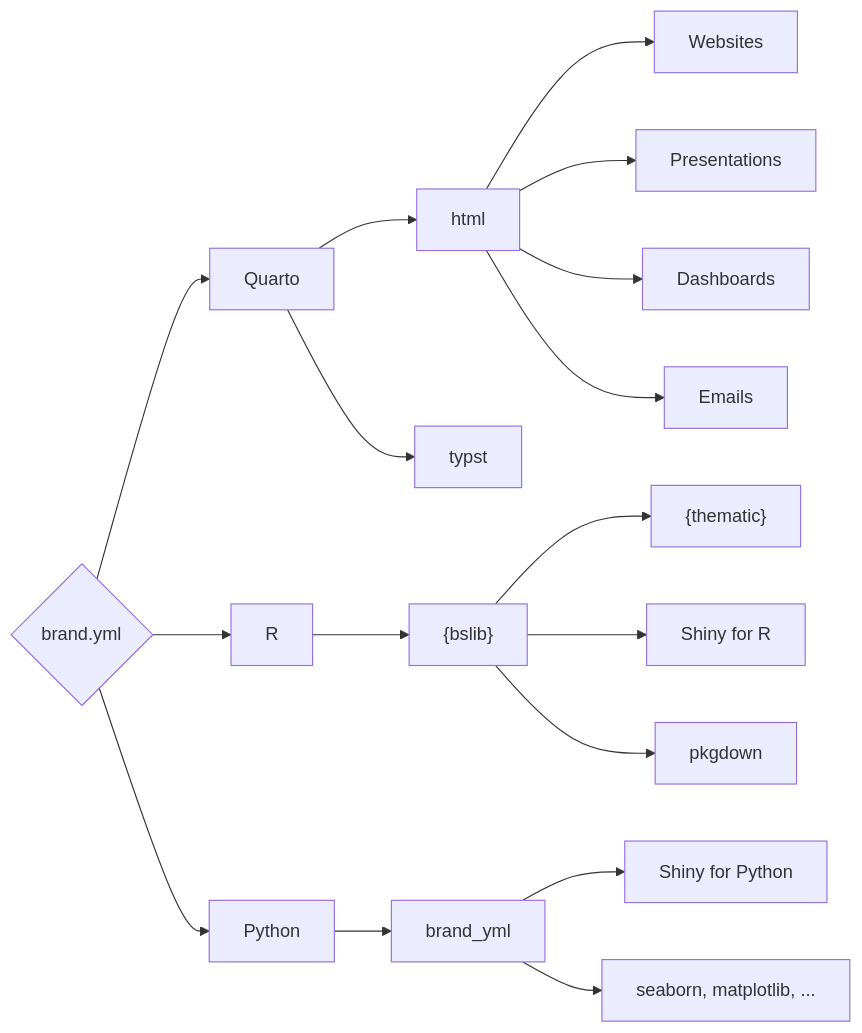
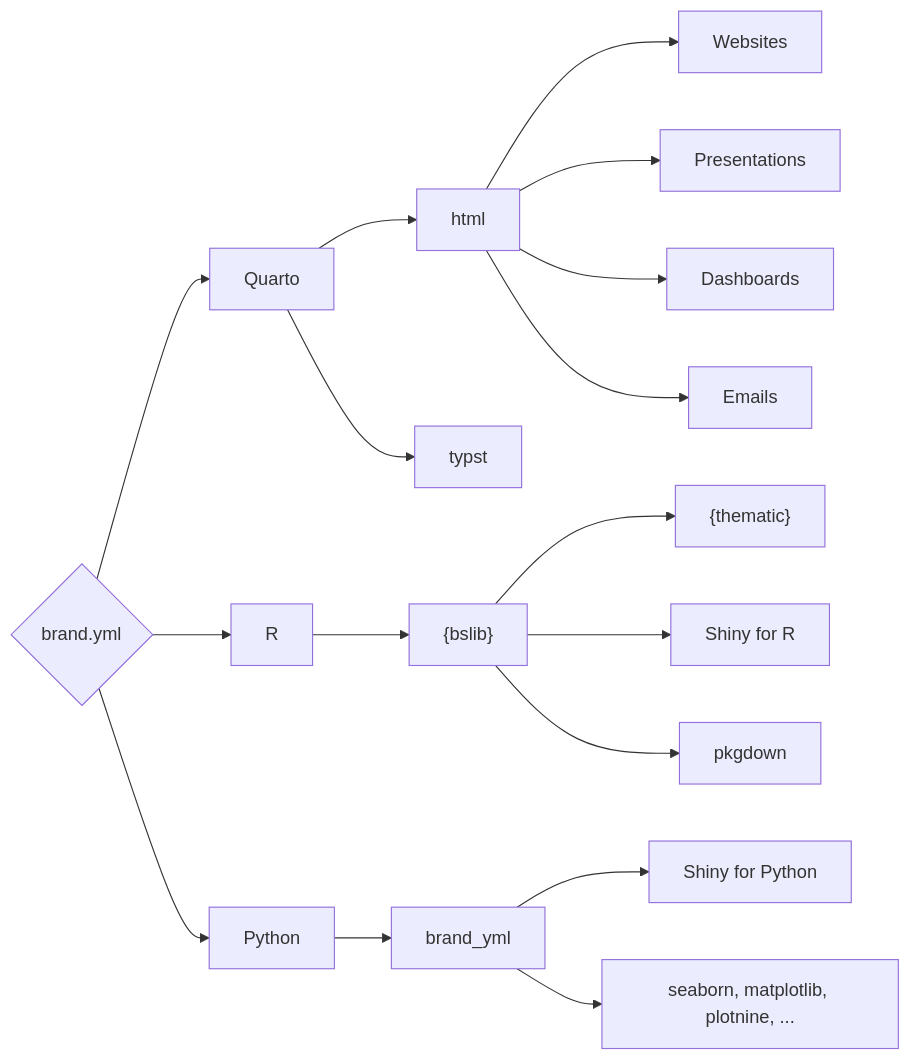
The diagram in slides/02-brand.qmd (posit-conf-2026/practical-quarto), drawn with Mermaid before and after one commit. The commit also changed other lines of this file and 5 other files, not shown here.

````diff
--- a/slides/02-brand.qmd
+++ b/slides/02-brand.qmd
@@ -119,22 +112,22 @@
 ```{mermaid}
 flowchart LR
     by{brand.yml}
     by-->quarto[Quarto]
     quarto-->quarto-html[html]
     quarto-->quarto-typst[typst]
     quarto-html-->quarto-websites[Websites]
     quarto-html-->quarto-presentations[Presentations]
     quarto-html-->quarto-dashboards[Dashboards]
     quarto-html-->quarto-emails[Emails]
 
     by-->R
     R-->r-bslib["{bslib}"]
     r-bslib-->r-thematic["{thematic}"]
     r-bslib-->r-shiny["Shiny for R"]
     r-bslib-->r-pkgdown["pkgdown"]
 
     by-->Python
     Python-->py-brand_yml["brand_yml"]
     py-brand_yml-->py-shiny[Shiny for Python]
-    py-brand_yml-->py-plots[seaborn, matplotlib, ...]
+    py-brand_yml-->py-plots[seaborn, matplotlib, plotnine, ...]
 ```
````
